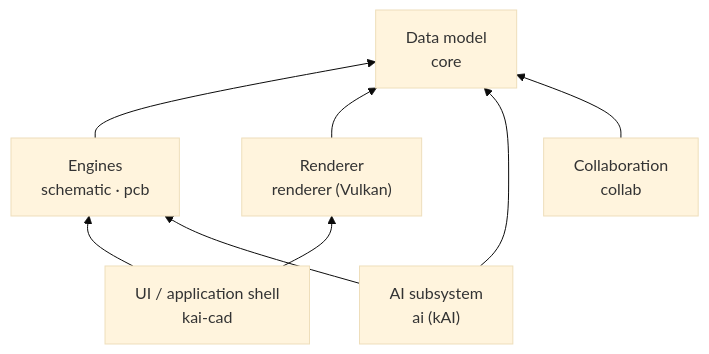
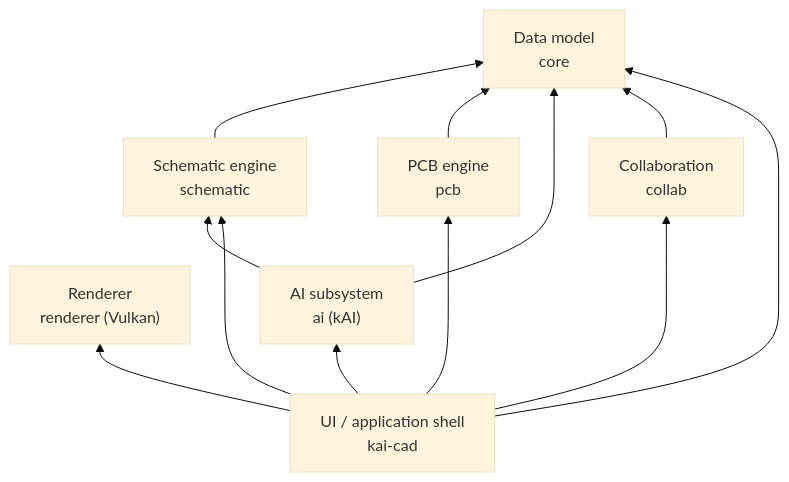
One commit to sneakylizard123-4/KaiCad changed the second of 3 diagrams in docs/ARCHITECTURE.md. Above: the diagram before and after it, drawn with Mermaid (base theme). The commit also changed other lines of this file and 49 other files, not shown here.

````diff
--- a/docs/ARCHITECTURE.md
+++ b/docs/ARCHITECTURE.md
@@ -47,17 +47,22 @@
 ```mermaid
 flowchart BT
     data["Data model<br/>core"]
-    engines["Engines<br/>schematic · pcb"]
+    schematic["Schematic engine<br/>schematic"]
+    pcb["PCB engine<br/>pcb"]
     render["Renderer<br/>renderer (Vulkan)"]
-    ui["UI / application shell<br/>kai-cad"]
     ai["AI subsystem<br/>ai (kAI)"]
     collab["Collaboration<br/>collab"]
+    ui["UI / application shell<br/>kai-cad"]
 
-    engines --> data
-    render --> data
-    ui --> engines
+    schematic --> data
+    pcb --> data
+    ai --> data
+    ai --> schematic
+    collab --> data
+    ui --> data
+    ui --> schematic
+    ui --> pcb
     ui --> render
-    ai --> data
-    ai --> engines
-    collab --> data
+    ui --> ai
+    ui --> collab
 ```
````
